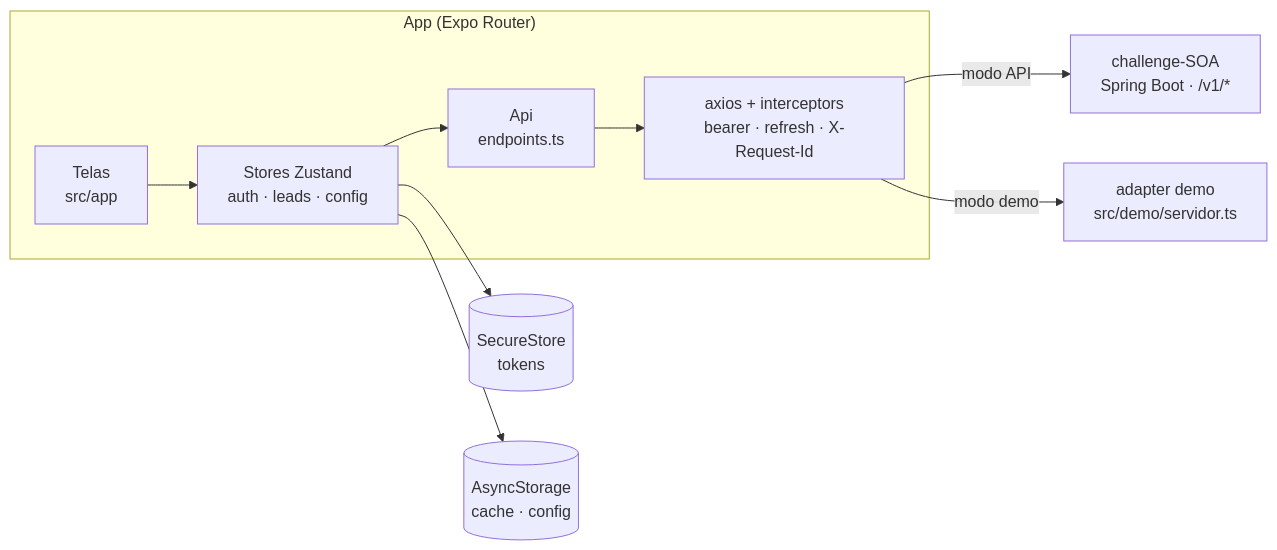
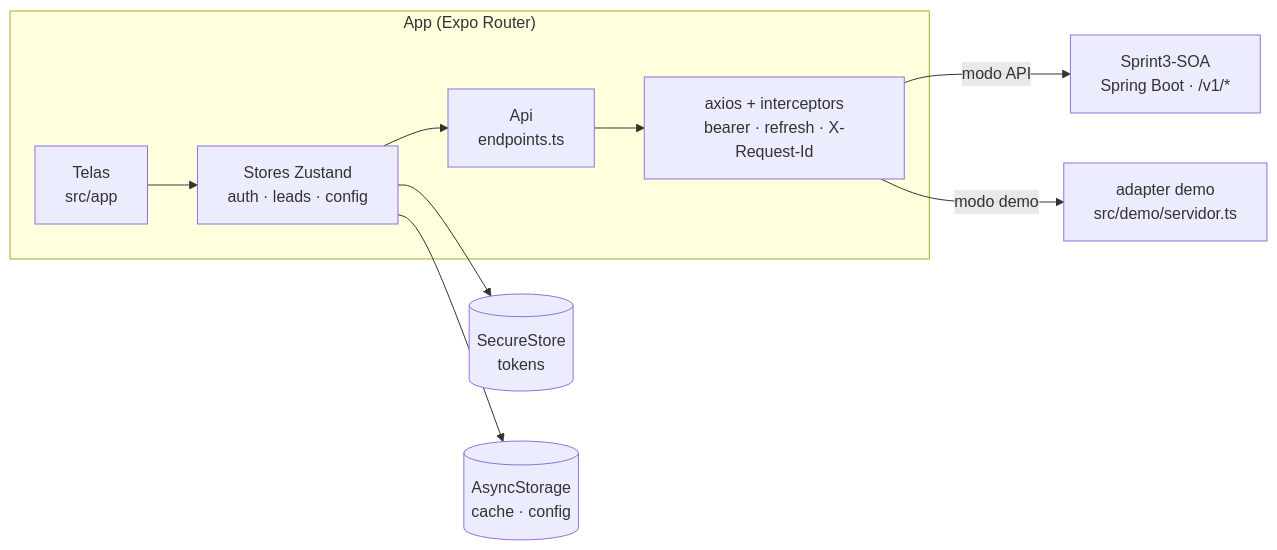
The first of 2 diagrams in README.md (Lynnbrosa/Sprint3-mobile), drawn with Mermaid before and after one commit. The commit also changed other lines of this file, not shown here.

Commit message:
README: backend aponta para o Sprint3-SOA

````diff
--- a/README.md
+++ b/README.md
@@ -71,12 +71,12 @@
 ```mermaid
 flowchart LR
     subgraph App["App (Expo Router)"]
         Telas["Telas<br/>src/app"] --> Stores["Stores Zustand<br/>auth · leads · config"]
         Stores --> Api["Api<br/>endpoints.ts"]
         Api --> Cliente["axios + interceptors<br/>bearer · refresh · X-Request-Id"]
     end
-    Cliente -->|modo API| SOA["challenge-SOA<br/>Spring Boot · /v1/*"]
+    Cliente -->|modo API| SOA["Sprint3-SOA<br/>Spring Boot · /v1/*"]
     Cliente -->|modo demo| Demo["adapter demo<br/>src/demo/servidor.ts"]
     Stores --> Secure[("SecureStore<br/>tokens")]
     Stores --> Async[("AsyncStorage<br/>cache · config")]
 ```
````
